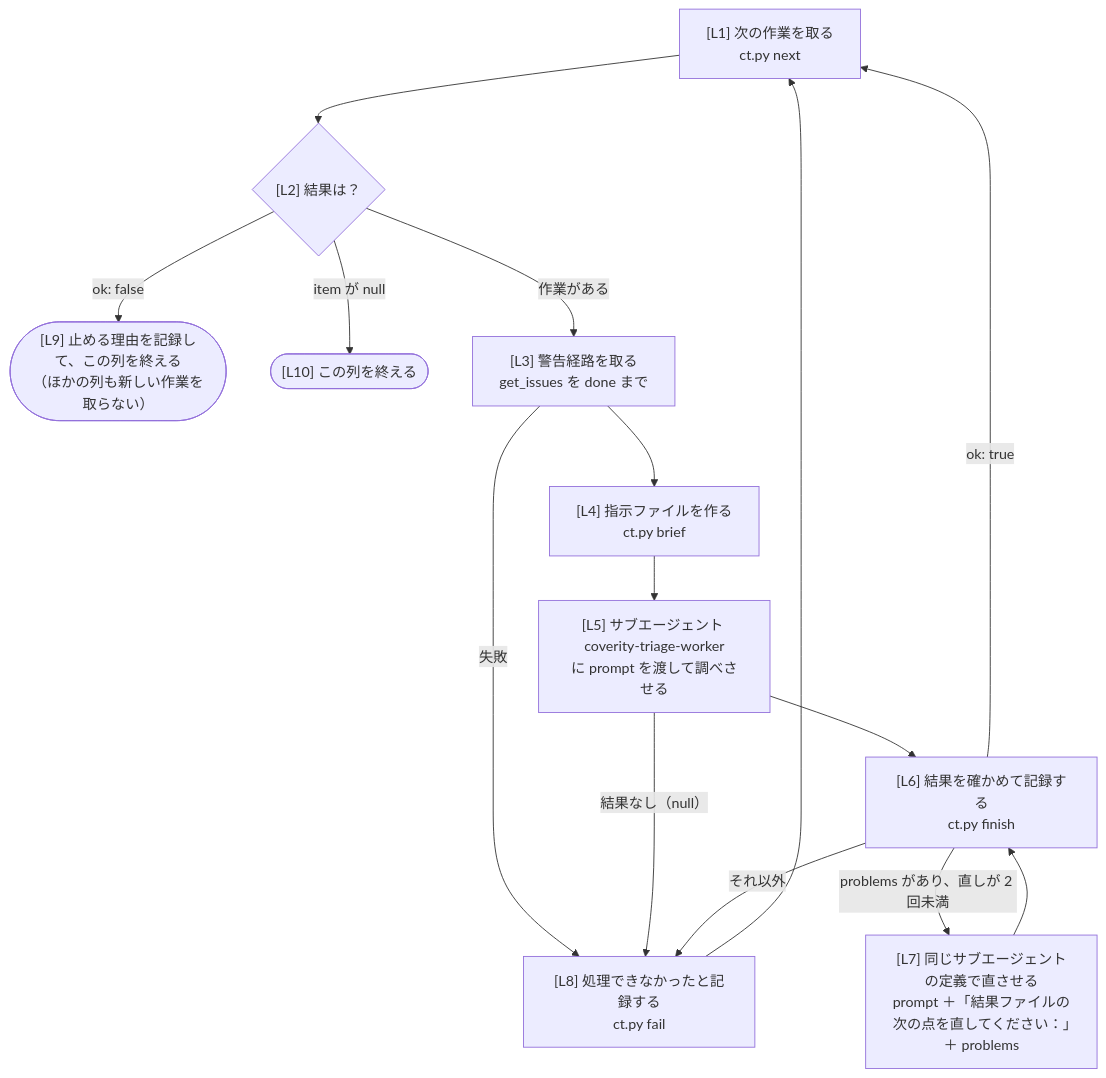
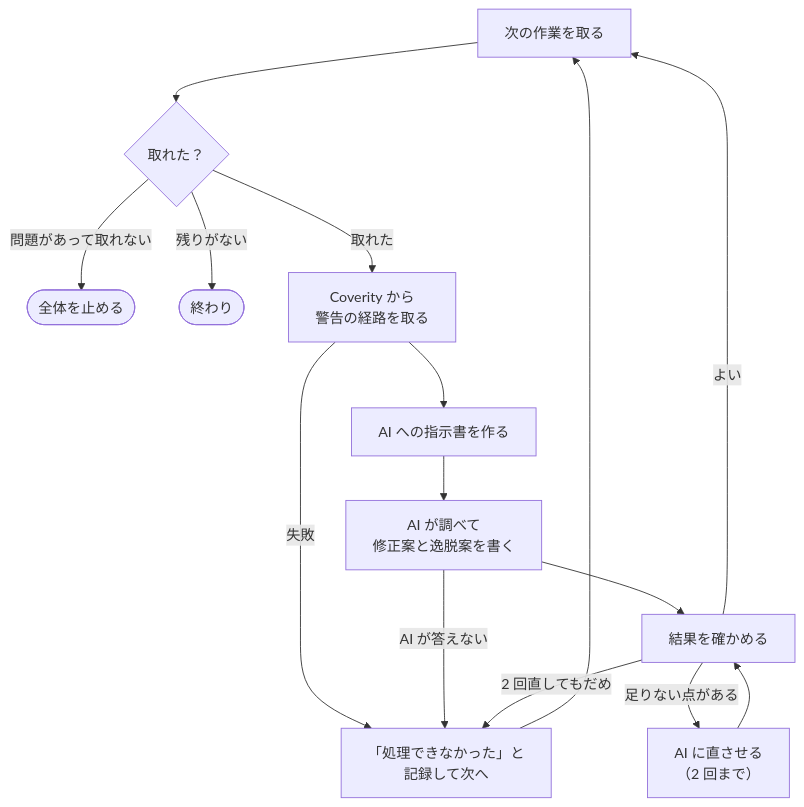
The second of 2 diagrams in plugins/coverity-triage/workflow/coverity-triage-run.md (imaeda-hub/coverity-triage-agent), drawn with Mermaid before and after one commit. The commit also changed other lines of this file and 3 other files, not shown here.

````diff
--- a/plugins/coverity-triage/workflow/coverity-triage-run.md
+++ b/plugins/coverity-triage/workflow/coverity-triage-run.md
@@ -76,17 +33,17 @@
 ```mermaid
 flowchart TD
-    L1["[L1] 次の作業を取る<br>ct.py next"] --> L2{"[L2] 結果は？"}
-    L2 -- "ok: false" --> L9(["[L9] 止める理由を記録して、この列を終える<br>（ほかの列も新しい作業を取らない）"])
-    L2 -- "item が null" --> L10(["[L10] この列を終える"])
-    L2 -- "作業がある" --> L3["[L3] 警告経路を取る<br>get_issues を done まで"]
+    L1["次の作業を取る"] --> L2{"取れた？"}
+    L2 -- "問題があって取れない" --> L9(["全体を止める"])
+    L2 -- "残りがない" --> L10(["終わり"])
+    L2 -- "取れた" --> L3["Coverity から<br>警告の経路を取る"]
     L3 -- "失敗" --> L8
-    L3 --> L4["[L4] 指示ファイルを作る<br>ct.py brief"]
-    L4 --> L5["[L5] サブエージェント coverity-triage-worker<br>に prompt を渡して調べさせる"]
-    L5 -- "結果なし（null）" --> L8
-    L5 --> L6["[L6] 結果を確かめて記録する<br>ct.py finish"]
-    L6 -- "ok: true" --> L1
-    L6 -- "problems があり、直しが 2 回未満" --> L7["[L7] 同じサブエージェントの定義で直させる<br>prompt ＋「結果ファイルの次の点を直してください：」＋ problems"]
+    L3 --> L4["AI への指示書を作る"]
+    L4 --> L5["AI が調べて<br>修正案と逸脱案を書く"]
+    L5 -- "AI が答えない" --> L8
+    L5 --> L6["結果を確かめる"]
+    L6 -- "よい" --> L1
+    L6 -- "足りない点がある" --> L7["AI に直させる<br>（2 回まで）"]
     L7 --> L6
-    L6 -- "それ以外" --> L8["[L8] 処理できなかったと記録する<br>ct.py fail"]
+    L6 -- "2 回直してもだめ" --> L8["「処理できなかった」と<br>記録して次へ"]
     L8 --> L1
 ```
````
